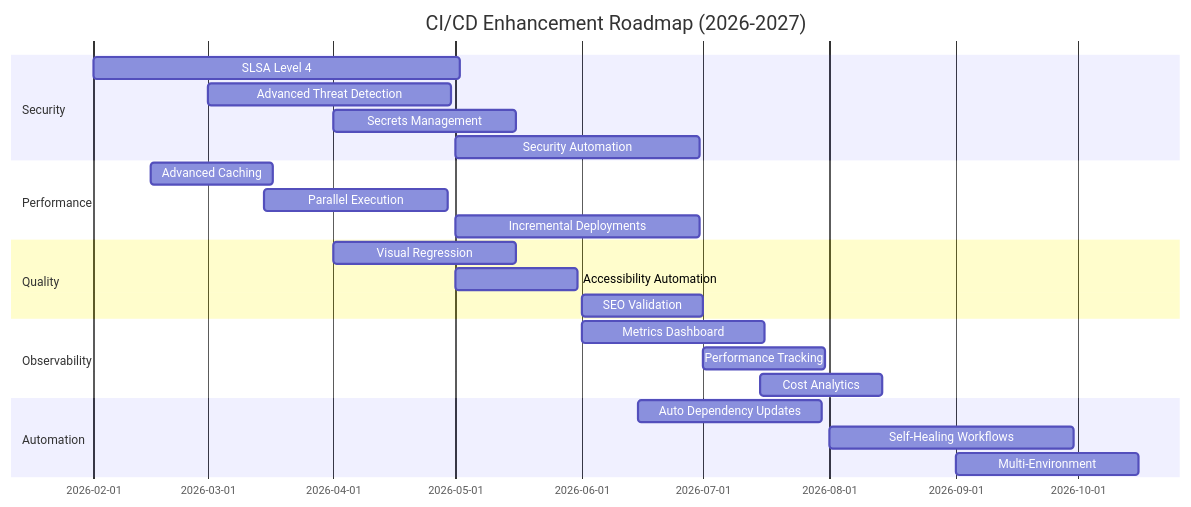
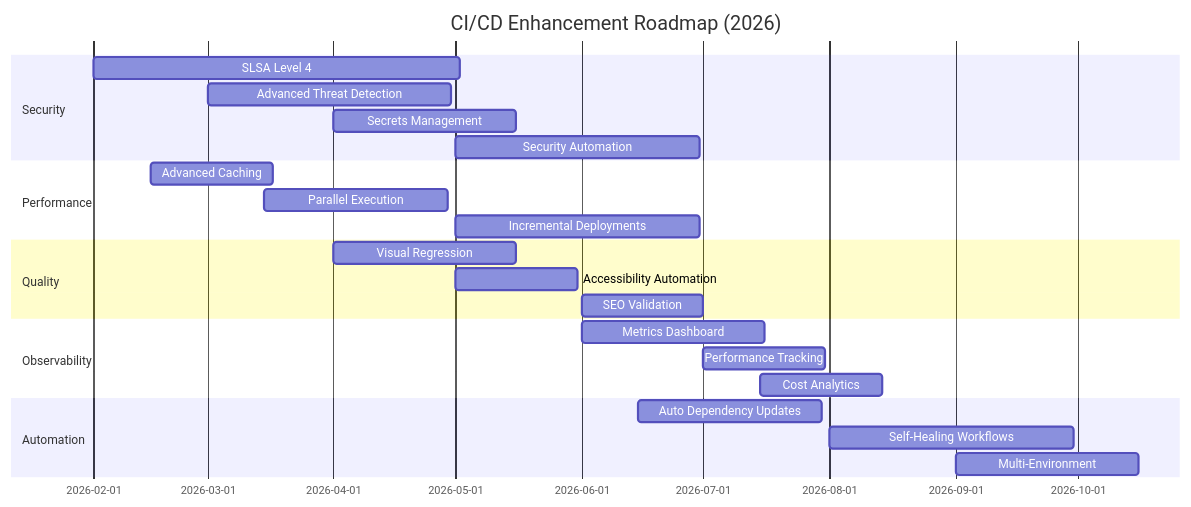
Before and after one commit to Hack23/homepage: the first of 6 diagrams in FUTURE_WORKFLOWS.md, drawn with Mermaid.

````diff
--- a/FUTURE_WORKFLOWS.md
+++ b/FUTURE_WORKFLOWS.md
@@ -70,31 +70,31 @@
 ```mermaid
 gantt
-    title CI/CD Enhancement Roadmap (2026-2027)
+    title CI/CD Enhancement Roadmap (2026)
     dateFormat YYYY-MM-DD
     
     section Security
     SLSA Level 4           :s1, 2026-02-01, 90d
     Advanced Threat Detection :s2, 2026-03-01, 60d
     Secrets Management     :s3, 2026-04-01, 45d
     Security Automation    :s4, 2026-05-01, 60d
     
     section Performance
     Advanced Caching       :p1, 2026-02-15, 30d
     Parallel Execution     :p2, 2026-03-15, 45d
     Incremental Deployments :p3, 2026-05-01, 60d
     
     section Quality
     Visual Regression      :q1, 2026-04-01, 45d
     Accessibility Automation :q2, 2026-05-01, 30d
     SEO Validation         :q3, 2026-06-01, 30d
     
     section Observability
     Metrics Dashboard      :o1, 2026-06-01, 45d
     Performance Tracking   :o2, 2026-07-01, 30d
     Cost Analytics         :o3, 2026-07-15, 30d
     
     section Automation
     Auto Dependency Updates :a1, 2026-06-15, 45d
     Self-Healing Workflows  :a2, 2026-08-01, 60d
     Multi-Environment       :a3, 2026-09-01, 45d
 ```
````
